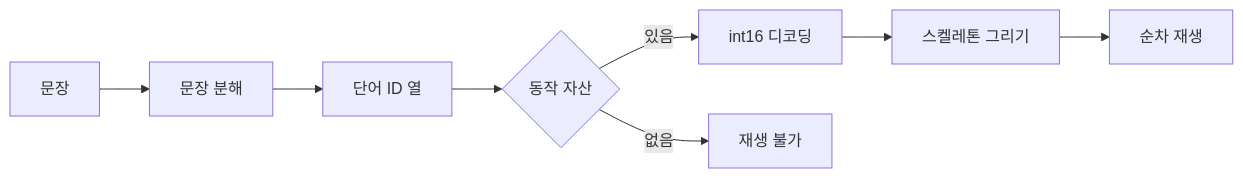
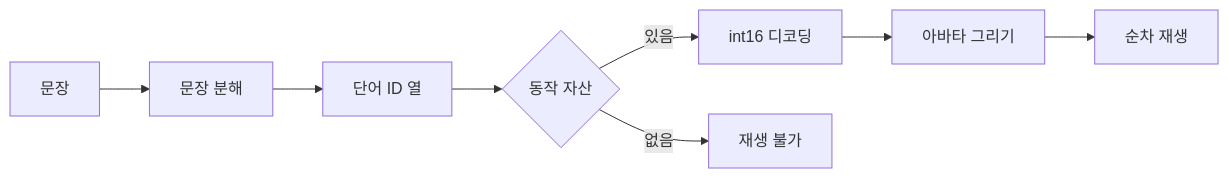
One commit to Ear-Dream/Ear-Dream-Core changed the sixth of 6 diagrams in README.md. Above: the diagram before and after it, drawn with Mermaid. The commit also changed other lines of this file and 1 other file, not shown here.

First line of the commit message:
docs: 아바타 교체·형태소 분해에 맞춰 낡은 서술 정리

````diff
--- a/README.md
+++ b/README.md
@@ -135,10 +135,10 @@
 ```mermaid
 flowchart LR
   SENT2["문장"] --> DEC["문장 분해"]
   DEC --> IDS["단어 ID 열"]
   IDS --> LOOK{"동작 자산"}
   LOOK -->|"있음"| BIN["int16 디코딩"]
   LOOK -->|"없음"| ERR["재생 불가"]
-  BIN --> DRAW["스켈레톤 그리기"]
+  BIN --> DRAW["아바타 그리기"]
   DRAW --> PLAY["순차 재생"]
 ```
````
